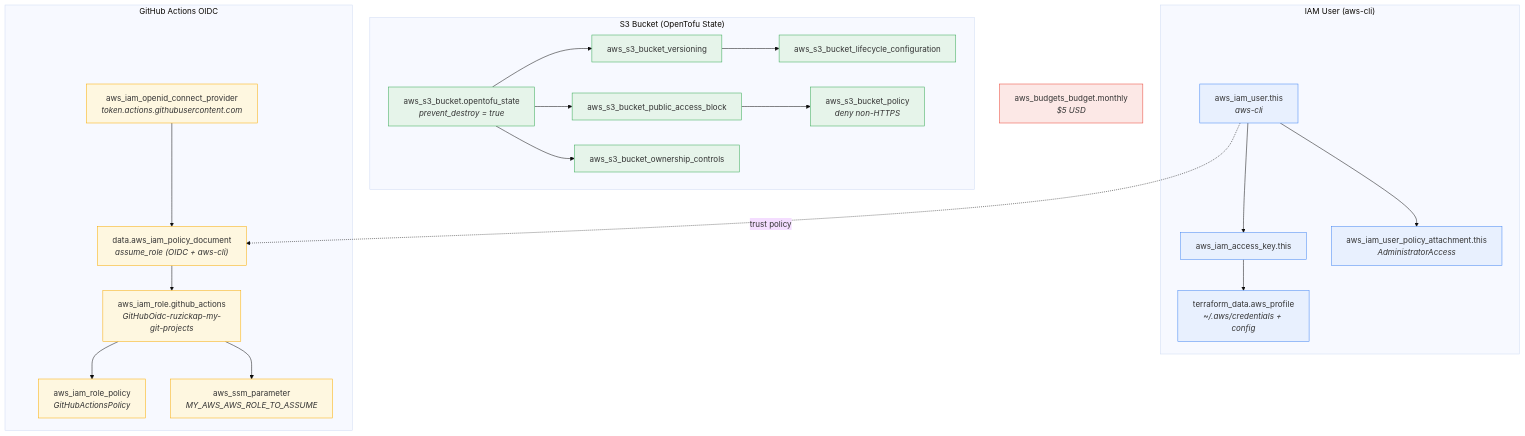
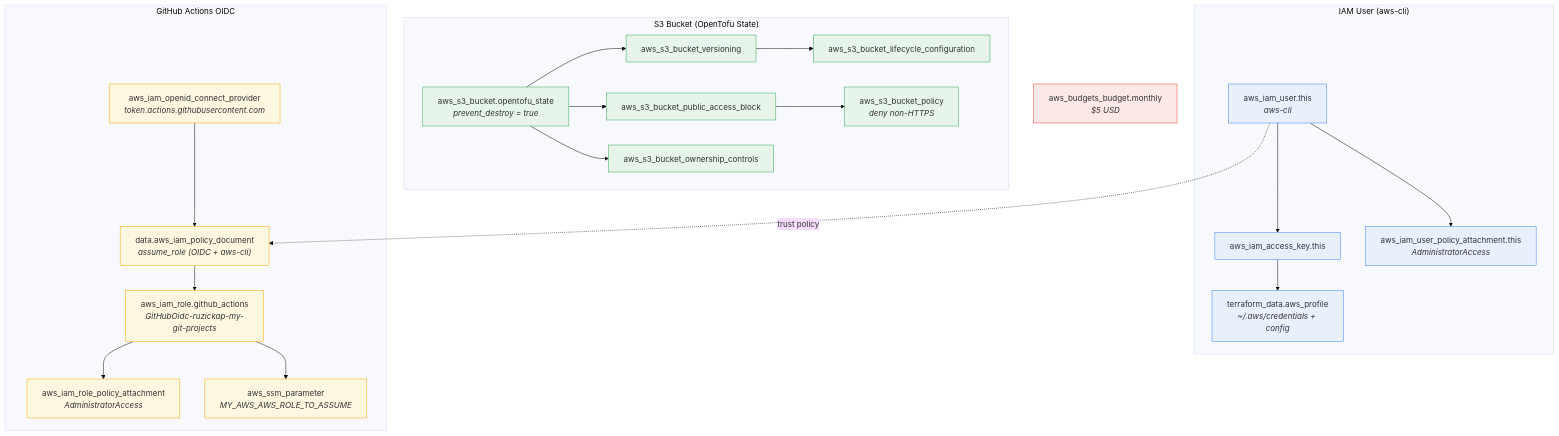
Before and after one commit to ruzickap/my-git-projects: the first of 2 diagrams in opentofu/aws/README.md, drawn with Mermaid (base theme). The commit also changed other lines of this file and 4 other files, not shown here.

Commit message:
feat: enhance documentation and IAM role policies for AWS integration

````diff
--- a/opentofu/aws/README.md
+++ b/opentofu/aws/README.md
@@ -29,54 +29,54 @@
 ```mermaid
 flowchart TD
     subgraph iam_user ["IAM User (aws-cli)"]
         user["aws_iam_user.this<br/><i>aws-cli</i>"]
         key["aws_iam_access_key.this"]
         policy_attach["aws_iam_user_policy_attachment.this<br/><i>AdministratorAccess</i>"]
         profile["terraform_data.aws_profile<br/><i>~/.aws/credentials + config</i>"]
     end
 
     user --> key
     user --> policy_attach
     key --> profile
 
     subgraph s3 ["S3 Bucket (OpenTofu State)"]
         bucket["aws_s3_bucket.opentofu_state<br/><i>prevent_destroy = true</i>"]
         versioning["aws_s3_bucket_versioning"]
         public_access["aws_s3_bucket_public_access_block"]
         ownership["aws_s3_bucket_ownership_controls"]
         lifecycle["aws_s3_bucket_lifecycle_configuration"]
         bucket_policy["aws_s3_bucket_policy<br/><i>deny non-HTTPS</i>"]
     end
 
     bucket --> versioning
     bucket --> public_access
     bucket --> ownership
     versioning --> lifecycle
     public_access --> bucket_policy
 
     subgraph oidc ["GitHub Actions OIDC"]
         oidc_provider["aws_iam_openid_connect_provider<br/><i>token.actions.githubusercontent.com</i>"]
         assume_doc["data.aws_iam_policy_document<br/><i>assume_role (OIDC + aws-cli)</i>"]
         role["aws_iam_role.github_actions<br/><i>GitHubOidc-ruzickap-my-git-projects</i>"]
-        role_policy["aws_iam_role_policy<br/><i>GitHubActionsPolicy</i>"]
+        role_policy_attach["aws_iam_role_policy_attachment<br/><i>AdministratorAccess</i>"]
         ssm_param["aws_ssm_parameter<br/><i>MY_AWS_AWS_ROLE_TO_ASSUME</i>"]
     end
 
     oidc_provider --> assume_doc
     user -.->|trust policy| assume_doc
     assume_doc --> role
-    role --> role_policy
+    role --> role_policy_attach
     role --> ssm_param
 
     budget["aws_budgets_budget.monthly<br/><i>$5 USD</i>"]
 
     classDef iam fill:#e8f0fe,stroke:#4285f4
     classDef storage fill:#e6f4ea,stroke:#34a853
     classDef oidcStyle fill:#fef7e0,stroke:#f9ab00
     classDef standalone fill:#fce8e6,stroke:#ea4335
 
     class user,key,policy_attach,profile iam
     class bucket,versioning,public_access,ownership,lifecycle,bucket_policy storage
-    class oidc_provider,assume_doc,role,role_policy,ssm_param oidcStyle
+    class oidc_provider,assume_doc,role,role_policy_attach,ssm_param oidcStyle
     class budget standalone
 ```
````
